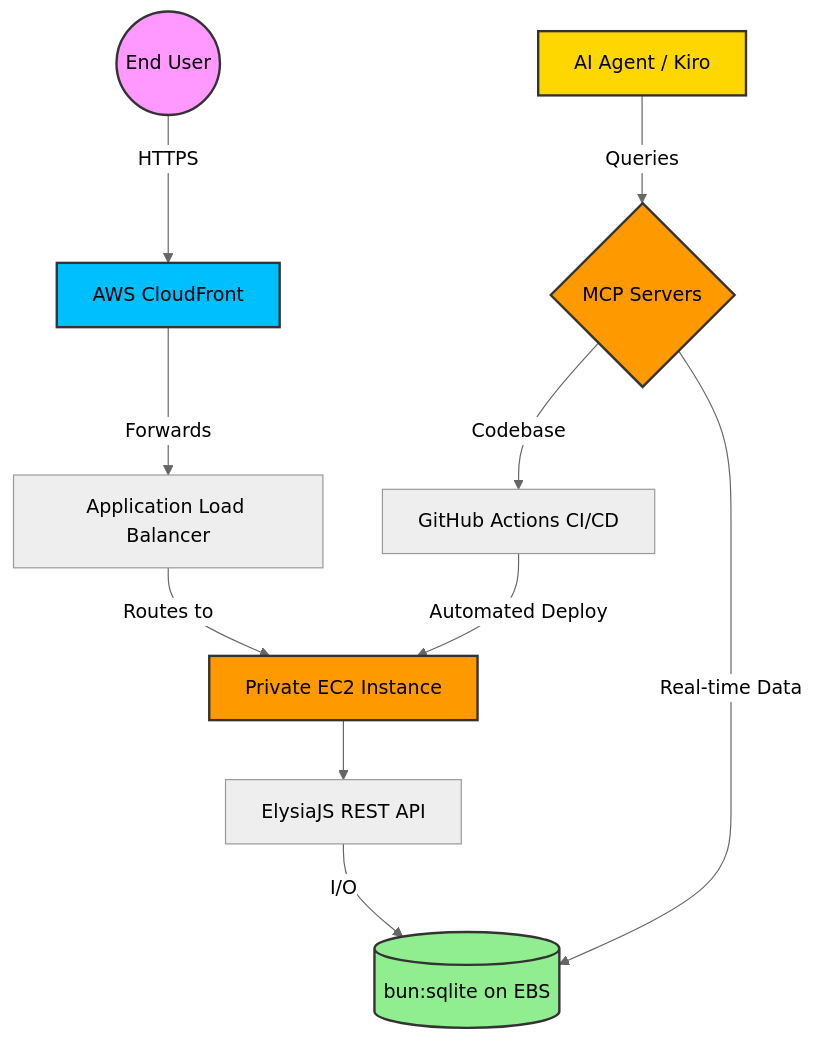
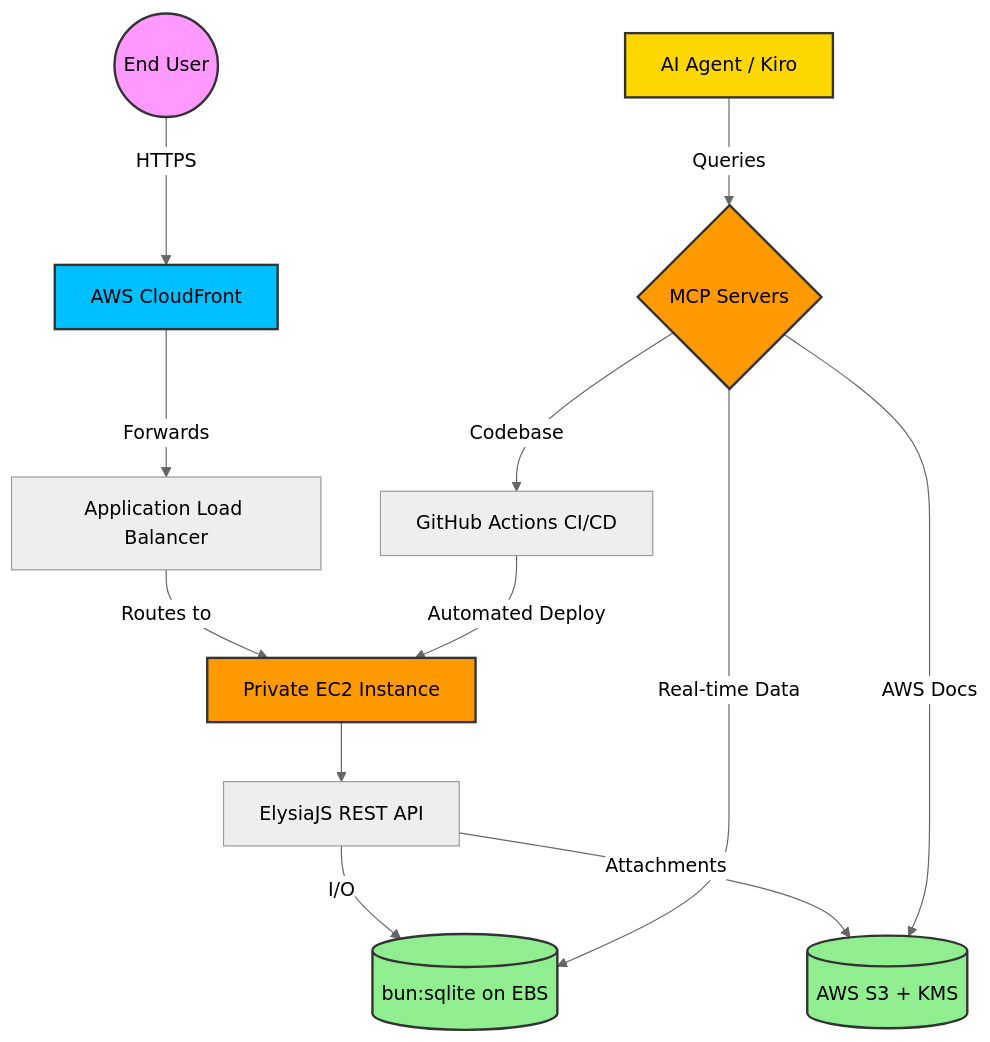
One commit to PhilipeOliveiraS/aws-enterprise-data-ai-platform changed the diagram in README.md. Above: the diagram before and after it, drawn with Mermaid (neutral theme). The commit also changed other lines of this file and 2 other files, not shown here.

Commit message:
docs: add ADR 0003 for S3/KMS IaC, update README with Phase 3 showcase and AWS workflows

````diff
--- a/README.md
+++ b/README.md
@@ -77,33 +85,37 @@
 ```mermaid
 graph TD
-    %% Nodes
-    User((End User))
-    AI[AI Agent / Kiro]
-    MCP{MCP Servers}
-    GitHub[GitHub Actions CI/CD]
-    CloudFront[AWS CloudFront]
-    ALB[Application Load Balancer]
-    EC2[Private EC2 Instance]
-    API[ElysiaJS REST API]
-    DB[(bun:sqlite on EBS)]
+    %% Nodes
+    User((End User))
+    AI[AI Agent / Kiro]
+    MCP{MCP Servers}
+    GitHub[GitHub Actions CI/CD]
+    CloudFront[AWS CloudFront]
+    ALB[Application Load Balancer]
+    EC2[Private EC2 Instance]
+    API[ElysiaJS REST API]
+    DB[(bun:sqlite on EBS)]
+    S3[(AWS S3 + KMS)]
 
-    %% Flow
-    User -->|HTTPS| CloudFront
-    CloudFront -->|Forwards| ALB
-    ALB -->|Routes to| EC2
-    EC2 --> API
-    API -->|I/O| DB
+    %% Flow
+    User -->|HTTPS| CloudFront
+    CloudFront -->|Forwards| ALB
+    ALB -->|Routes to| EC2
+    EC2 --> API
+    API -->|I/O| DB
+    API -->|Attachments| S3
 
-    AI -->|Queries| MCP
-    MCP -->|Real-time Data| DB
-    MCP -->|Codebase| GitHub
-    GitHub -->|Automated Deploy| EC2
+    AI -->|Queries| MCP
+    MCP -->|Real-time Data| DB
+    MCP -->|AWS Docs| S3
+    MCP -->|Codebase| GitHub
+    GitHub -->|Automated Deploy| EC2
 
-    %% Styling
-    style User fill:#f9f,stroke:#333,stroke-width:2px
-    style AI fill:#ffd700,stroke:#333,stroke-width:2px
-    style MCP fill:#ff9900,stroke:#333,stroke-width:2px
-    style CloudFront fill:#00bfff,stroke:#333,stroke-width:2px
-    style EC2 fill:#ff9900,stroke:#333,stroke-width:2px
-    style DB fill:#90ee90,stroke:#333,stroke-width:2px
+    %% Styling
+    style User fill:#f9f,stroke:#333,stroke-width:2px
+    style AI fill:#ffd700,stroke:#333,stroke-width:2px
+    style MCP fill:#ff9900,stroke:#333,stroke-width:2px
+    style CloudFront fill:#00bfff,stroke:#333,stroke-width:2px
+    style EC2 fill:#ff9900,stroke:#333,stroke-width:2px
+    style DB fill:#90ee90,stroke:#333,stroke-width:2px
+    style S3 fill:#90ee90,stroke:#333,stroke-width:2px
 ```
````
